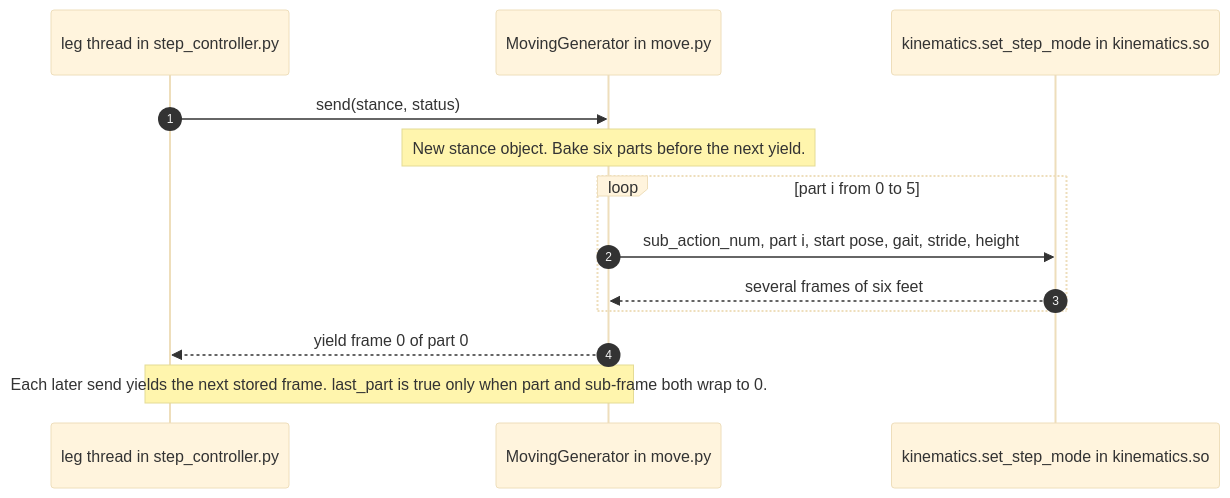
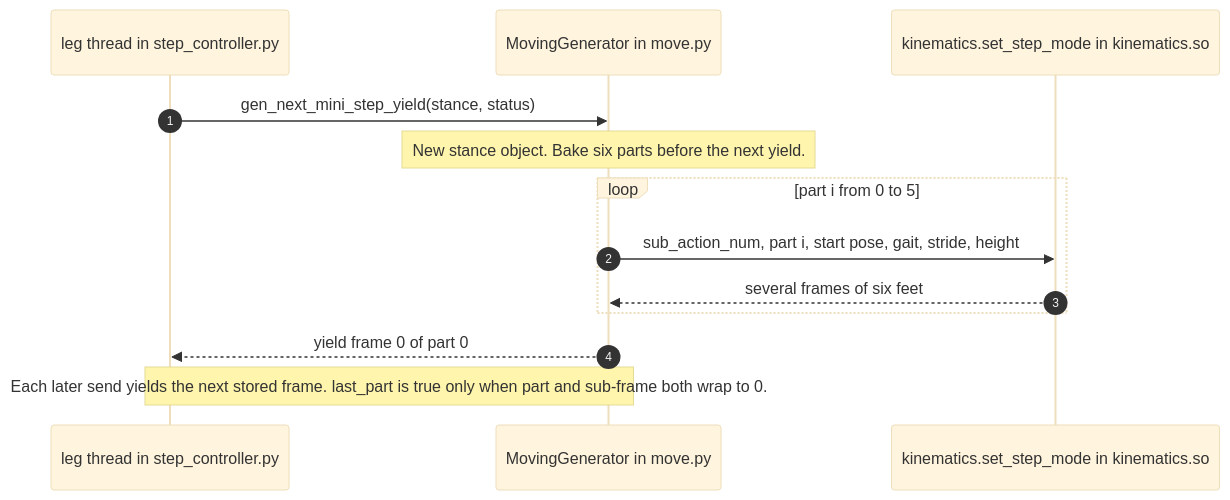
Before and after one commit to ganapetya/masha: the fifth of 8 diagrams in ros2_ws/src/hexapod_kinematics/movement.md, drawn with Mermaid (base theme). The commit also changed other lines of this file and 11 other files, not shown here.

````diff
--- a/ros2_ws/src/hexapod_kinematics/movement.md
+++ b/ros2_ws/src/hexapod_kinematics/movement.md
@@ -232,16 +232,16 @@
 ```mermaid
 sequenceDiagram
     autonumber
     participant Legs as leg thread in step_controller.py
     participant Move as MovingGenerator in move.py
     participant So as kinematics.set_step_mode in kinematics.so
 
-    Legs->>Move: send(stance, status)
+    Legs->>Move: gen_next_mini_step_yield(stance, status)
     Note over Move: New stance object. Bake six parts before the next yield.
     loop part i from 0 to 5
         Move->>So: sub_action_num, part i, start pose, gait, stride, height
         So-->>Move: several frames of six feet
     end
     Move-->>Legs: yield frame 0 of part 0
     Note over Legs,Move: Each later send yields the next stored frame. last_part is true only when part and sub-frame both wrap to 0.
 ```
````
